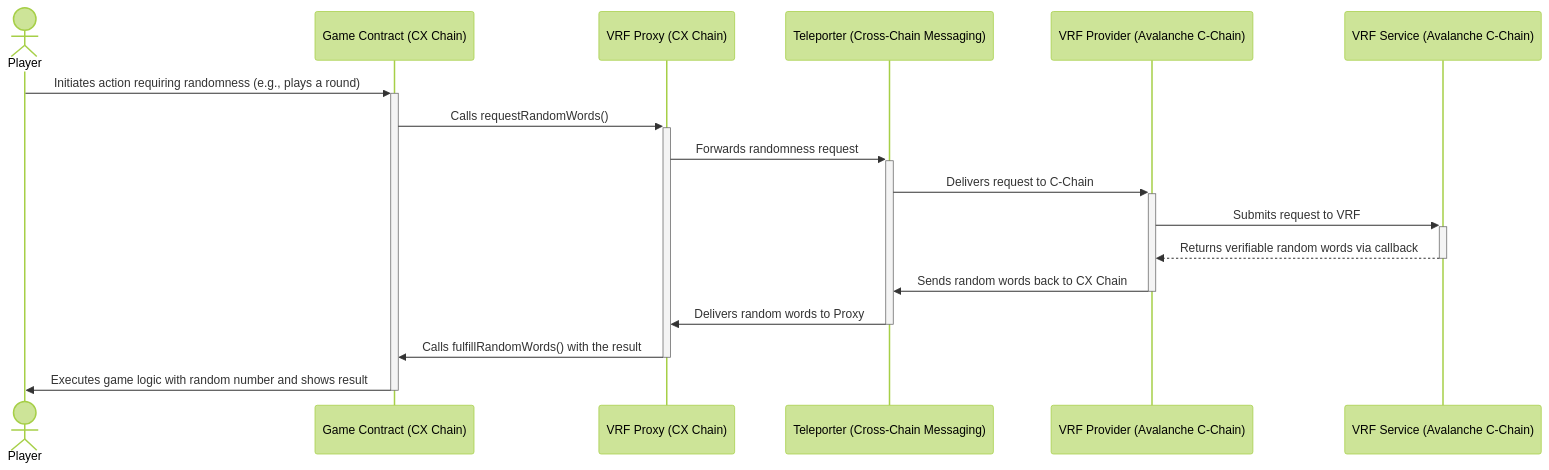
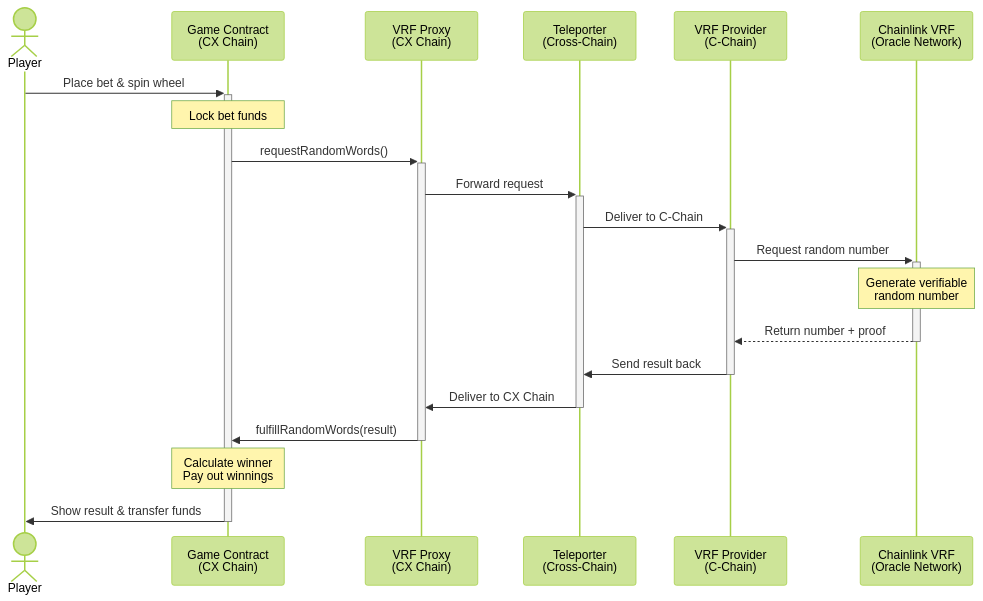
One commit to AltitudeDP/cx-chain-docs changed the diagram in docs/tutorial-basics/cx-chain-vrf.md. Above: the diagram before and after it, drawn with Mermaid (forest theme). The commit also changed other lines of this file and 6 other files, not shown here.

````diff
--- a/docs/tutorial-basics/cx-chain-vrf.md
+++ b/docs/tutorial-basics/cx-chain-vrf.md
@@ -27,24 +80,27 @@
 ```mermaid
 sequenceDiagram
     actor Player
-    participant GameContract as Game Contract (CX Chain)
-    participant VRFProxy as VRF Proxy (CX Chain)
-    participant Teleporter as Teleporter (Cross-Chain Messaging)
-    participant VRFProvider as VRF Provider (Avalanche C-Chain)
-    participant VRFSC as VRF Service (Avalanche C-Chain)
+    participant Game as Game Contract<br/>(CX Chain)
+    participant Proxy as VRF Proxy<br/>(CX Chain)
+    participant Bridge as Teleporter<br/>(Cross-Chain)
+    participant Provider as VRF Provider<br/>(C-Chain)
+    participant Chainlink as Chainlink VRF<br/>(Oracle Network)
 
-    Player->>+GameContract: Initiates action requiring randomness (e.g., plays a round)
-    GameContract->>+VRFProxy: Calls requestRandomWords()
-    VRFProxy->>+Teleporter: Forwards randomness request
-    Teleporter->>+VRFProvider: Delivers request to C-Chain
-    VRFProvider->>+VRFSC: Submits request to VRF
+    Player->>+Game: Place bet & spin wheel
+    Note over Game: Lock bet funds
+    Game->>+Proxy: requestRandomWords()
+    Proxy->>+Bridge: Forward request
+    Bridge->>+Provider: Deliver to C-Chain
+    Provider->>+Chainlink: Request random number
     
-    %% VRF generates the random number off-chain and sends it back in a separate transaction %%
+    Note over Chainlink: Generate verifiable<br/>random number
     
-    VRFSC-->>-VRFProvider: Returns verifiable random words via callback
-    VRFProvider->>-Teleporter: Sends random words back to CX Chain
-    Teleporter->>-VRFProxy: Delivers random words to Proxy
-    VRFProxy->>-GameContract: Calls fulfillRandomWords() with the result
-    GameContract->>-Player: Executes game logic with random number and shows result
-
+    Chainlink-->>-Provider: Return number + proof
+    Provider->>-Bridge: Send result back
+    Bridge->>-Proxy: Deliver to CX Chain
+    Proxy->>-Game: fulfillRandomWords(result)
+    
+    Note over Game: Calculate winner<br/>Pay out winnings
+    
+    Game->>-Player: Show result & transfer funds
 ```
````
